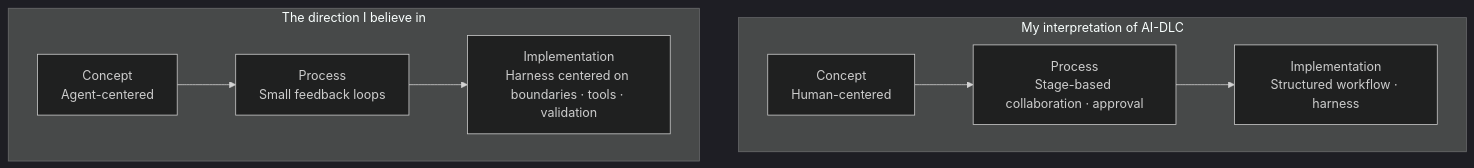
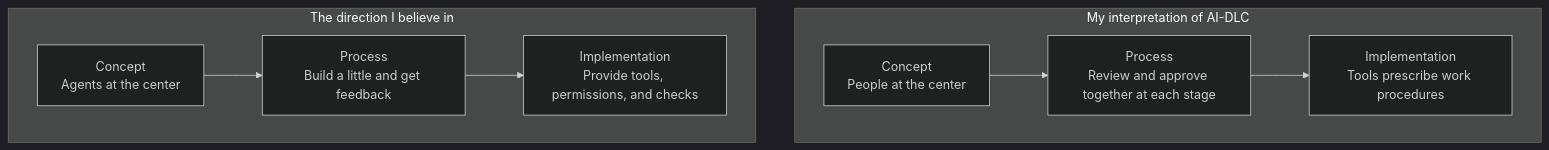
One commit to haandol/haandol.github.com changed the first of 4 diagrams in _en/2026-09-06-my-thoughts-on-aws-ai-dlc.md. Above: the diagram before and after it, drawn with Mermaid (dark theme). The commit also changed other lines of this file and 2 other files, not shown here.

````diff
--- a/_en/2026-09-06-my-thoughts-on-aws-ai-dlc.md
+++ b/_en/2026-09-06-my-thoughts-on-aws-ai-dlc.md
@@ -55,14 +55,14 @@
 ```mermaid
 flowchart TB
     subgraph A["My interpretation of AI-DLC"]
         direction LR
-        A1["Concept<br/>Human-centered"] --> A2["Process<br/>Stage-based collaboration · approval"]
-        A2 --> A3["Implementation<br/>Structured workflow · harness"]
+        A1["Concept<br/>People at the center"] --> A2["Process<br/>Review and approve together at each stage"]
+        A2 --> A3["Implementation<br/>Tools prescribe work procedures"]
     end
 
     subgraph B["The direction I believe in"]
         direction LR
-        B1["Concept<br/>Agent-centered"] --> B2["Process<br/>Small feedback loops"]
-        B2 --> B3["Implementation<br/>Harness centered on boundaries · tools · validation"]
+        B1["Concept<br/>Agents at the center"] --> B2["Process<br/>Build a little and get feedback"]
+        B2 --> B3["Implementation<br/>Provide tools, permissions, and checks"]
     end
 ```
````
